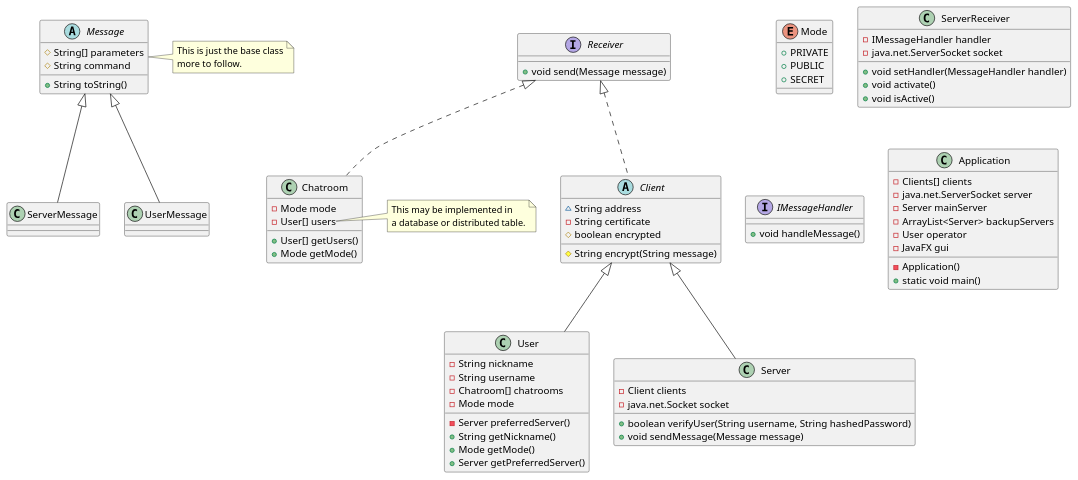
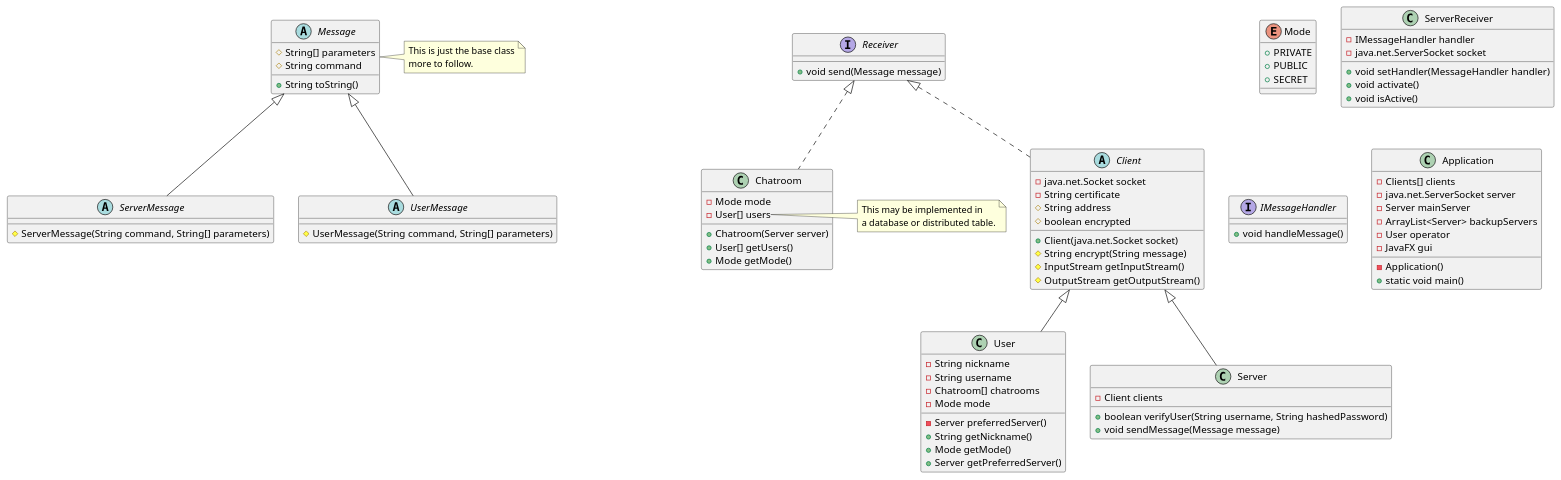
One commit to eschablowski/IRC-CS56 changed the diagram in Diagrams/ClassDiagram.puml. Above: the diagram before and after it, drawn with PlantUML. The commit also changed 13 other files, not shown here.

Commit message:
Added Diagrams

```diff
--- a/Diagrams/ClassDiagram.puml
+++ b/Diagrams/ClassDiagram.puml
@@ -1,89 +1,97 @@
-@startuml IRC
+@startuml ClassDiagram
 
 interface Receiver {
     + void send(Message message)
 }
 
 abstract class Client implements Receiver {
-    ~ String address
+    + Client(java.net.Socket socket)
+    - java.net.Socket socket
     - String certificate
+    # String address
     # boolean encrypted
     # String encrypt(String message)
+    # InputStream getInputStream()
+    # OutputStream getOutputStream()
 }
 
 enum Mode {
     + PRIVATE
     + PUBLIC
     + SECRET
 }
 
 class User extends Client {
     - String nickname
     - String username
     - Chatroom[] chatrooms
     - Mode mode
     - Server preferredServer()
     + String getNickname()
     + Mode getMode()
     + Server getPreferredServer()
 }
 
 class Server extends Client {
     - Client clients
-    - java.net.Socket socket
     + boolean verifyUser(String username, String hashedPassword)
     + void sendMessage(Message message)
 }
 
 class ServerReceiver {
     - IMessageHandler handler
     - java.net.ServerSocket socket
     + void setHandler(MessageHandler handler)
     + void activate()
     + void isActive()
 }
 interface IMessageHandler {
     + void handleMessage()
 }
 
 
 abstract class Message {
     # String[] parameters
     # String command
     + String toString()
 }
 note right of Message::stringify
 Has default implementation
 end note
 note right of Message
 This is just the base class
 more to follow.
 end note
 
-class ServerMessage extends Message {}
+abstract class ServerMessage extends Message {
+    # ServerMessage(String command, String[] parameters)
+}
 
-class UserMessage extends Message {}
+abstract class UserMessage extends Message {
+    # UserMessage(String command, String[] parameters)
+}
 
 class Chatroom implements Receiver {
+    + Chatroom(Server server)
     - Mode mode
     - User[] users
     + User[] getUsers()
     + Mode getMode()
 }
 
 note right of Chatroom::users
 This may be implemented in
 a database or distributed table.
 end note
 
 class Application {
     - Application()
     - Clients[] clients
     - java.net.ServerSocket server
     - Server mainServer
     - ArrayList<Server> backupServers
     - User operator
     - JavaFX gui
     + static void main()
 }
 @enduml
```
